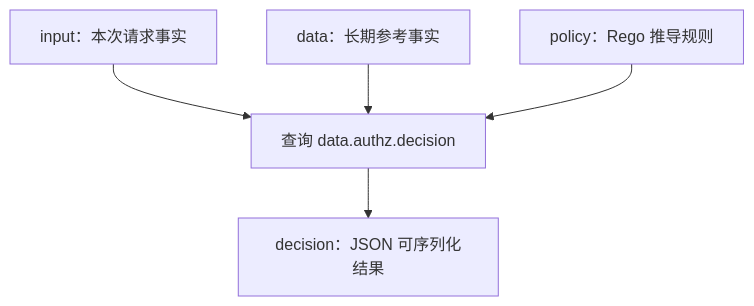
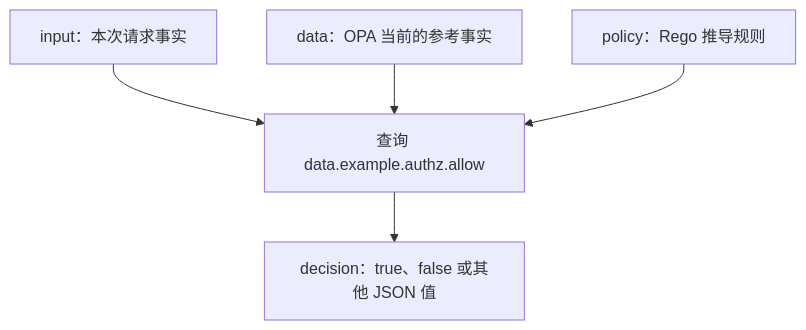
One commit to pvisanhash/toStudyCode changed the first of 6 diagrams in Note/OpenPolicyAgent笔记/OpenPolicyAgent.md. Above: the diagram before and after it, drawn with Mermaid. The commit also changed other lines of this file and 1 other file, not shown here.

````diff
--- a/Note/OpenPolicyAgent笔记/OpenPolicyAgent.md
+++ b/Note/OpenPolicyAgent笔记/OpenPolicyAgent.md
@@ -47,7 +140,7 @@
 ```mermaid
 flowchart TD
-    I["input：本次请求事实"] --> Q["查询 data.authz.decision"]
-    D["data：长期参考事实"] --> Q
+    I["input：本次请求事实"] --> Q["查询 data.example.authz.allow"]
+    D["data：OPA 当前的参考事实"] --> Q
     P["policy：Rego 推导规则"] --> Q
-    Q --> R["decision：JSON 可序列化结果"]
+    Q --> R["decision：true、false 或其他 JSON 值"]
 ```
````
